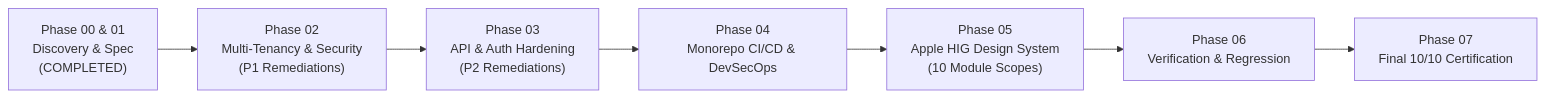
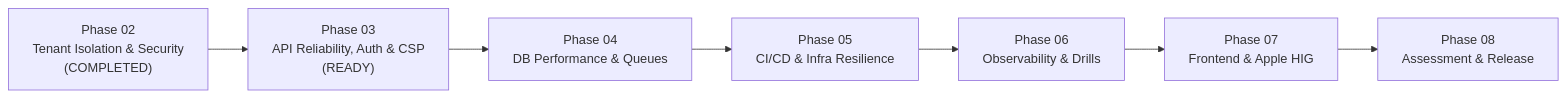
One commit to cascadetechnologiesbackend-ship-it/Edu_core changed the diagram in docs/engineering/REMEDIATION_ROADMAP.md. Above: the diagram before and after it, drawn with Mermaid. The commit also changed other lines of this file and 13 other files, not shown here.

Commit message:
feat(security): complete Phase 02 continuation, CI lint remediation and engineering coverage matrix

````diff
--- a/docs/engineering/REMEDIATION_ROADMAP.md
+++ b/docs/engineering/REMEDIATION_ROADMAP.md
@@ -10,17 +13,17 @@
 ```mermaid
 flowchart LR
-    P00["Phase 00 & 01<br/>Discovery & Spec<br/>(COMPLETED)"]
-    P02["Phase 02<br/>Multi-Tenancy & Security<br/>(P1 Remediations)"]
-    P03["Phase 03<br/>API & Auth Hardening<br/>(P2 Remediations)"]
-    P04["Phase 04<br/>Monorepo CI/CD & DevSecOps"]
-    P05["Phase 05<br/>Apple HIG Design System<br/>(10 Module Scopes)"]
-    P06["Phase 06<br/>Verification & Regression"]
-    P07["Phase 07<br/>Final 10/10 Certification"]
+    P02["Phase 02<br/>Tenant Isolation & Security<br/>(COMPLETED)"]
+    P03["Phase 03<br/>API Reliability, Auth & CSP<br/>(READY)"]
+    P04["Phase 04<br/>DB Performance & Queues"]
+    P05["Phase 05<br/>CI/CD & Infra Resilience"]
+    P06["Phase 06<br/>Observability & Drills"]
+    P07["Phase 07<br/>Frontend & Apple HIG"]
+    P08["Phase 08<br/>Assessment & Release"]
 
-    P00 --> P02
     P02 --> P03
     P03 --> P04
     P04 --> P05
     P05 --> P06
     P06 --> P07
+    P07 --> P08
 ```
````
